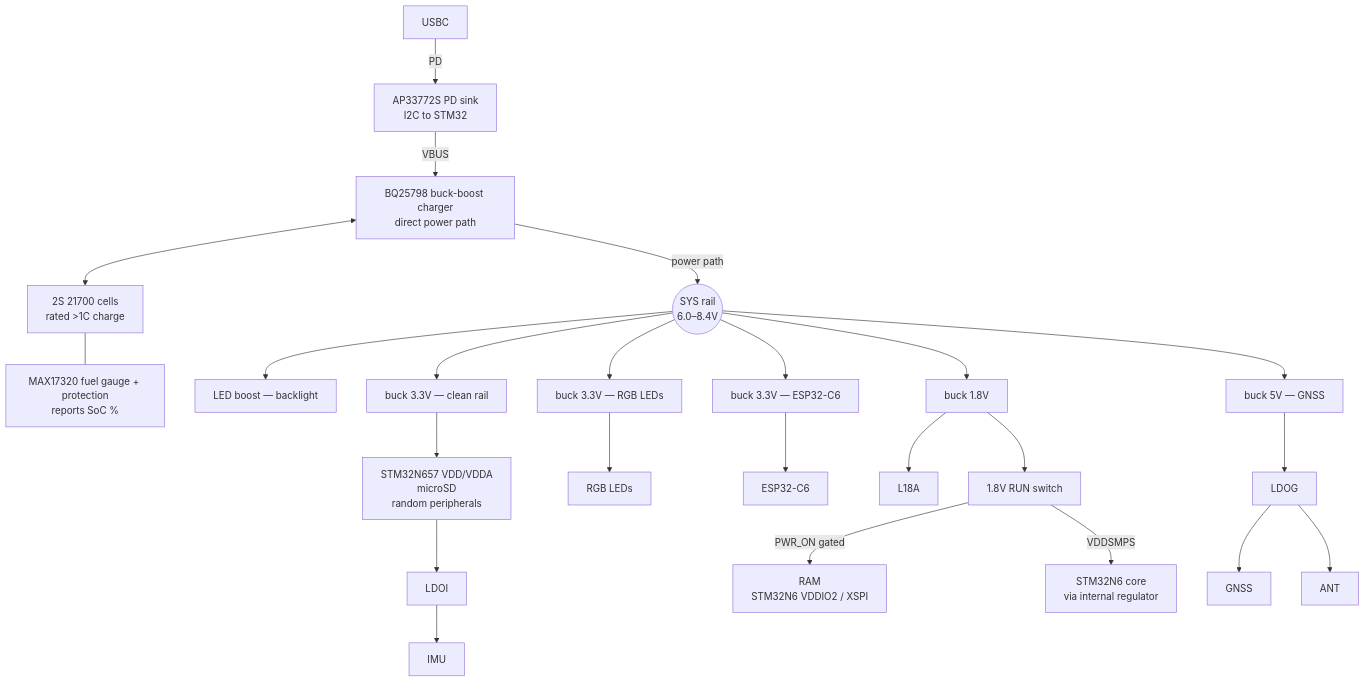
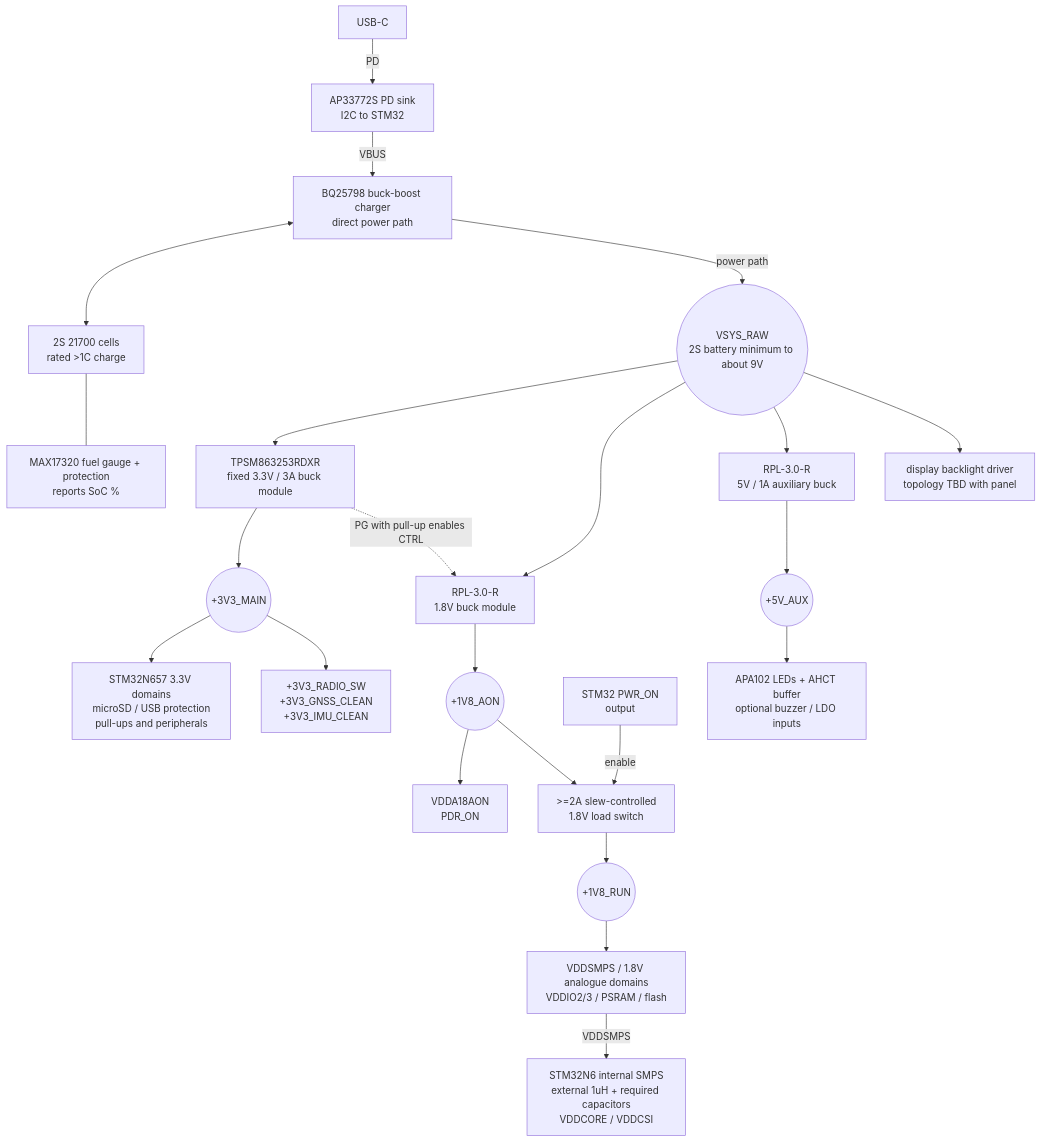
Before and after one commit to teehee567/Aevia: the diagram in v2_design.md, drawn with Mermaid. The commit also changed other lines of this file, not shown here.

````diff
--- a/v2_design.md
+++ b/v2_design.md
@@ -71,49 +84,55 @@
 ```mermaid
 flowchart TD;
-    USB[USBC]
+    USB[USB-C]
     PD[AP33772S PD sink<br/>I2C to STM32]
     BQ[BQ25798 buck-boost charger<br/>direct power path]
     BAT[2S 21700 cells<br/>rated >1C charge]
     FG[MAX17320 fuel gauge + protection<br/>reports SoC %]
-    SYS((SYS rail<br/>6.0–8.4V))
+    SYS((VSYS_RAW<br/>2S battery minimum to about 9V))
 
-    BL[LED boost — backlight]
-    B33[buck 3.3V — clean rail]
-    B33L[buck 3.3V — RGB LEDs]
-    BESP[buck 3.3V — ESP32-C6]
-    B18[buck 1.8V]
-    S18[1.8V RUN switch]
-    B5[buck 5V — GNSS]
+    B33[TPSM863253RDXR<br/>fixed 3.3V / 3A buck module]
+    V33((+3V3_MAIN))
+    L33[STM32N657 3.3V domains<br/>microSD / USB protection<br/>pull-ups and peripherals]
+    BRADIO[+3V3_RADIO_SW<br/>+3V3_GNSS_CLEAN<br/>+3V3_IMU_CLEAN]
 
-    L33[STM32N657 VDD/VDDA<br/>microSD<br/>random peripherals]
-    LLED[RGB LEDs]
-    LESP[ESP32-C6]
-    L18[RAM<br/>STM32N6 VDDIO2 / XSPI]
-    CORE[STM32N6 core<br/>via internal regulator]
+    B18[RPL-3.0-R<br/>1.8V buck module]
+    V18A((+1V8_AON))
+    L18A[VDDA18AON<br/>PDR_ON]
+    S18[>=2A slew-controlled<br/>1.8V load switch]
+    PWRON[STM32 PWR_ON<br/>output]
+    V18R((+1V8_RUN))
+    L18[VDDSMPS / 1.8V analogue domains<br/>VDDIO2/3 / PSRAM / flash]
+    CORE[STM32N6 internal SMPS<br/>external 1uH + required capacitors<br/>VDDCORE / VDDCSI]
+
+    B5[RPL-3.0-R<br/>5V / 1A auxiliary buck]
+    V5((+5V_AUX))
+    L5[APA102 LEDs + AHCT buffer<br/>optional buzzer / LDO inputs]
+    BL[display backlight driver<br/>topology TBD with panel]
 
     USB -->|PD| PD
     PD -->|VBUS| BQ
     BQ <--> BAT
     BAT --- FG
     BQ -->|power path| SYS
 
-    SYS --> BL
     SYS --> B33
-    SYS --> B33L
-    SYS --> BESP
     SYS --> B18
     SYS --> B5
+    SYS --> BL
 
-    B33 --> L33
-    B33L --> LLED
-    BESP --> LESP
-    B18 --> L18A
-    B18 --> S18
-    S18 -->|PWR_ON gated| L18
-    S18 -->|VDDSMPS| CORE
-    B5 --> LDOG
-    L33 --> LDOI
-    LDOG --> GNSS
-    LDOG --> ANT
-    LDOI --> IMU
+    B33 --> V33
+    V33 --> L33
+    V33 --> BRADIO
+    B33 -. PG with pull-up enables CTRL .-> B18
+
+    B18 --> V18A
+    V18A --> L18A
+    V18A --> S18
+    PWRON -->|enable| S18
+    S18 --> V18R
+    V18R --> L18
+    L18 -->|VDDSMPS| CORE
+
+    B5 --> V5
+    V5 --> L5
 ```
````
